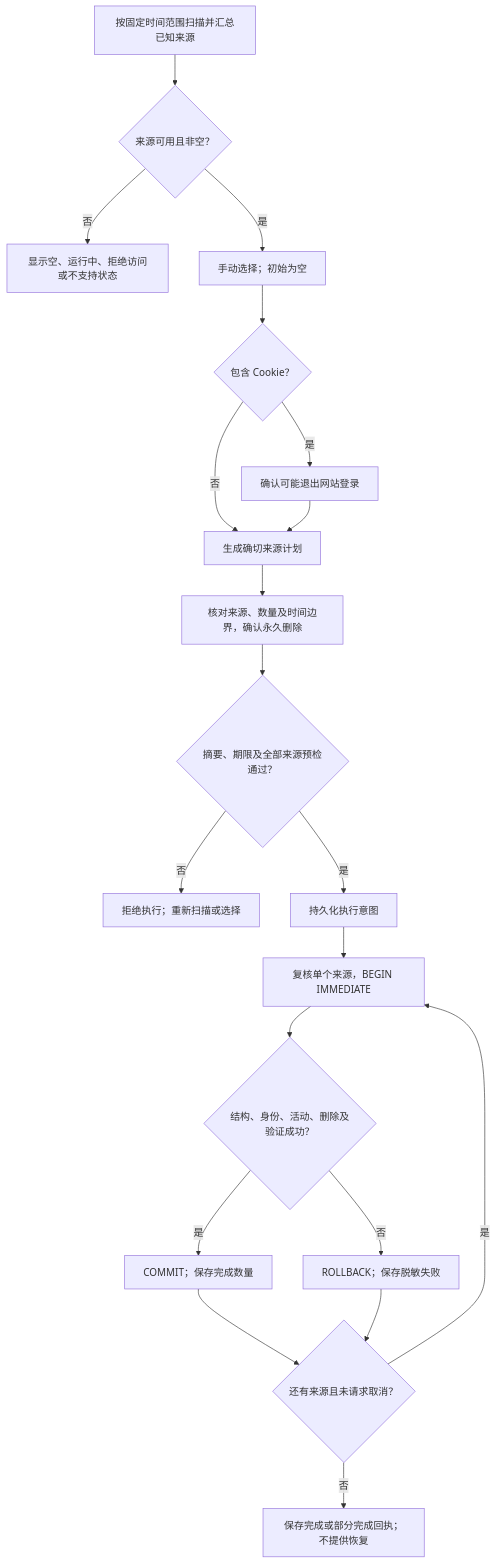
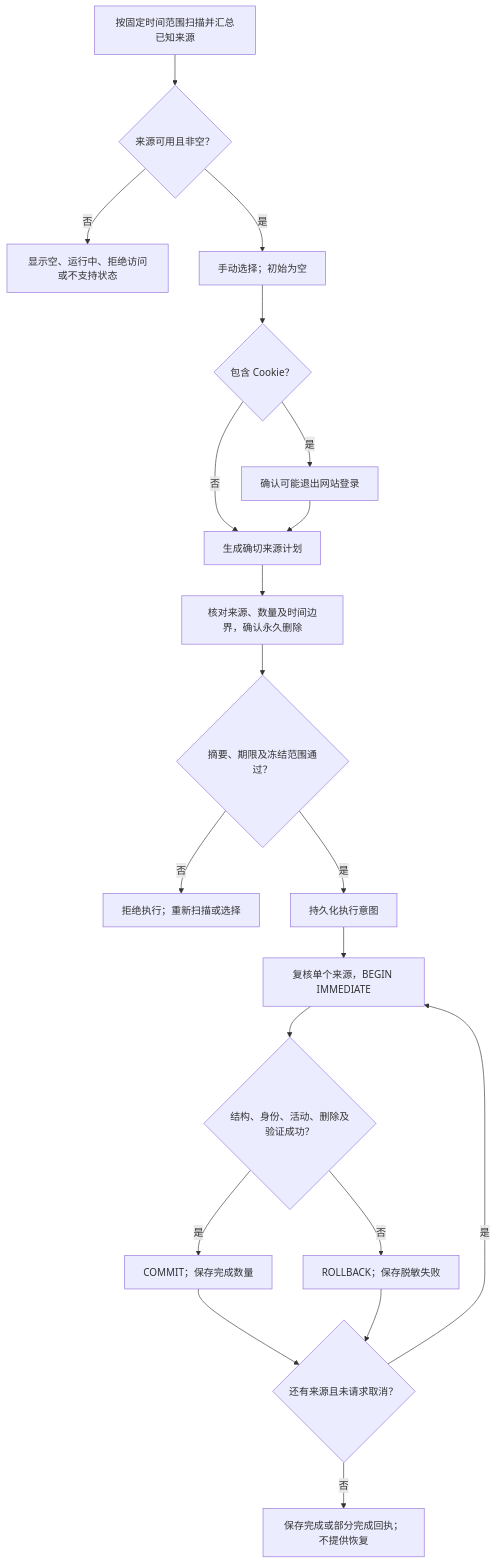
One commit to limecloud/shou changed the sixth of 7 diagrams in docs/zh-CN/engineering/privacy-cleaning.md. Above: the diagram before and after it, drawn with Mermaid. The commit also changed other lines of this file and 162 other files, not shown here.

````diff
--- a/docs/zh-CN/engineering/privacy-cleaning.md
+++ b/docs/zh-CN/engineering/privacy-cleaning.md
@@ -144,22 +144,22 @@
 ```mermaid
 flowchart TD
     Scan["按固定时间范围扫描并汇总已知来源"] --> Ready{"来源可用且非空？"}
     Ready -->|"否"| Unavailable["显示空、运行中、拒绝访问或不支持状态"]
     Ready -->|"是"| Select["手动选择；初始为空"]
     Select --> Cookies{"包含 Cookie？"}
     Cookies -->|"是"| SignOut["确认可能退出网站登录"]
     Cookies -->|"否"| Plan["生成确切来源计划"]
     SignOut --> Plan
     Plan --> Confirm["核对来源、数量及时间边界，确认永久删除"]
-    Confirm --> Check{"摘要、期限及全部来源预检通过？"}
+    Confirm --> Check{"摘要、期限及冻结范围通过？"}
     Check -->|"否"| Rescan["拒绝执行；重新扫描或选择"]
     Check -->|"是"| Intent["持久化执行意图"]
     Intent --> Each["复核单个来源，BEGIN IMMEDIATE"]
     Each --> Result{"结构、身份、活动、删除及验证成功？"}
     Result -->|"是"| Commit["COMMIT；保存完成数量"]
     Result -->|"否"| Rollback["ROLLBACK；保存脱敏失败"]
     Commit --> More{"还有来源且未请求取消？"}
     Rollback --> More
     More -->|"是"| Each
     More -->|"否"| Receipt["保存完成或部分完成回执；不提供恢复"]
 ```
````
